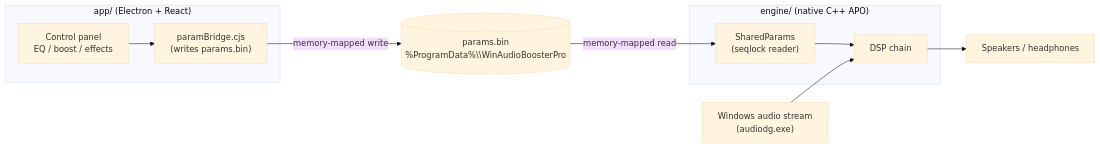
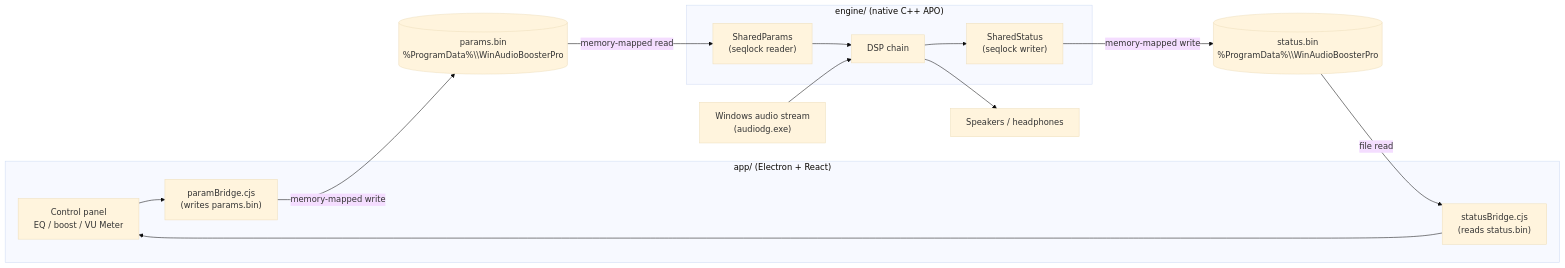
One commit to islamdev96/Sonara changed the diagram in docs/ARCHITECTURE.md. Above: the diagram before and after it, drawn with Mermaid (base theme). The commit also changed other lines of this file and 94 other files, not shown here.

````diff
--- a/docs/ARCHITECTURE.md
+++ b/docs/ARCHITECTURE.md
@@ -7,20 +7,27 @@
 ```mermaid
 flowchart LR
     subgraph App["app/ (Electron + React)"]
-        UI["Control panel\nEQ / boost / effects"]
+        UI["Control panel\nEQ / boost / VU Meter"]
         Bridge["paramBridge.cjs\n(writes params.bin)"]
+        StatusBridge["statusBridge.cjs\n(reads status.bin)"]
         UI --> Bridge
+        StatusBridge --> UI
     end
 
     Params[("params.bin\n%ProgramData%\\WinAudioBoosterPro")]
+    Status[("status.bin\n%ProgramData%\\WinAudioBoosterPro")]
     Bridge -- "memory-mapped write" --> Params
+    Status -- "file read" --> StatusBridge
 
     subgraph Engine["engine/ (native C++ APO)"]
         Shared["SharedParams\n(seqlock reader)"]
+        SharedStatus["SharedStatus\n(seqlock writer)"]
         Chain["DSP chain"]
         Shared --> Chain
+        Chain --> SharedStatus
     end
 
     Params -- "memory-mapped read" --> Shared
+    SharedStatus -- "memory-mapped write" --> Status
     Audio["Windows audio stream\n(audiodg.exe)"] --> Chain --> Out["Speakers / headphones"]
 ```
````
